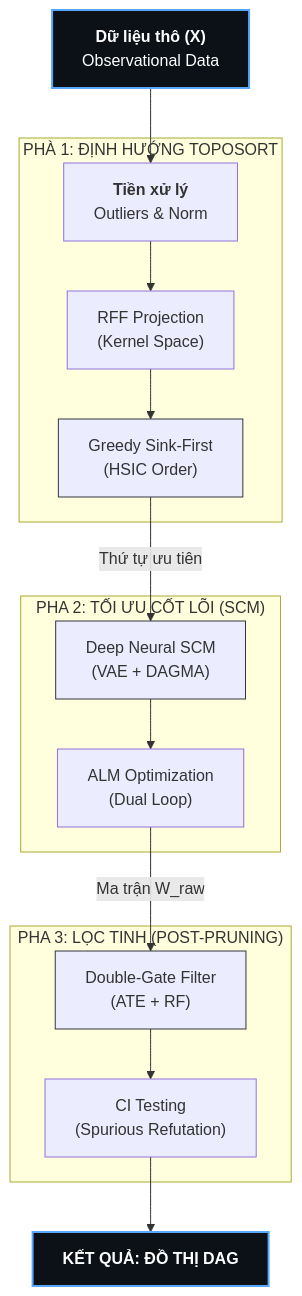
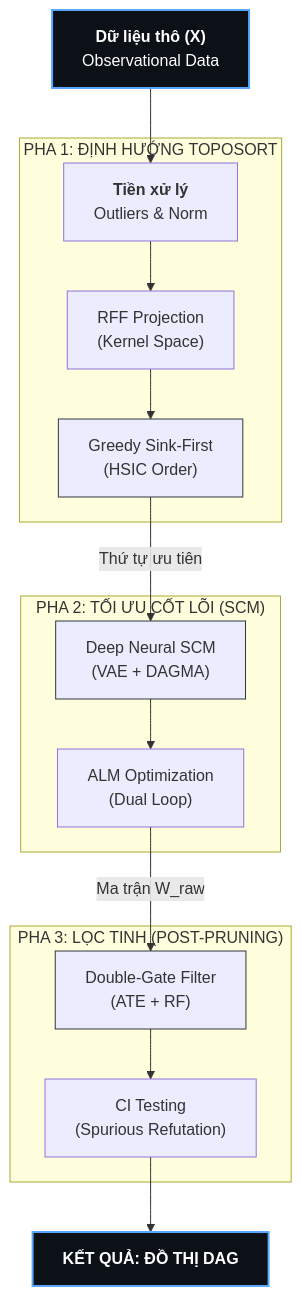
The first of 5 diagrams in docx/Chuong3_MoHinhDeepANM.md (manhthai1706/DeepANM), drawn with Mermaid before and after one commit. The commit also changed other lines of this file, not shown here.

Commit message:
docs: restore missing diagrams Fig 3.2-3.5 in Chapter 3

````diff
--- a/docx/Chuong3_MoHinhDeepANM.md
+++ b/docx/Chuong3_MoHinhDeepANM.md
@@ -58,27 +58,27 @@
 ```mermaid
 graph TD
     classDef highlight fill:#0b1117,color:#fff,stroke:#58a6ff,stroke-width:2px;
     classDef sub core fill:#161b22,stroke:#30363d,stroke-width:1px;
     
     Data["<b>Dữ liệu thô (X)</b><br/>Observational Data"] --> Pre["<b>Tiền xử lý</b><br/>Outliers & Norm"]
     
-    subgraph phase1 ["PHÀ 1: ĐỊNH HƯỚNG TOPOSORT"]
+    subgraph phase1 ["PHA 1: ĐỊNH HƯỚNG TOPOSORT"]
         Pre --> RFF["RFF Projection<br/>(Kernel Space)"]
         RFF --> Sink["Greedy Sink-First<br/>(HSIC Order)"]
     end
     
     subgraph phase2 ["PHA 2: TỐI ƯU CỐT LÕI (SCM)"]
         Sink -->|"Thứ tự ưu tiên"| GPPOM["Deep Neural SCM<br/>(VAE + DAGMA)"]
         GPPOM --> ALM["ALM Optimization<br/>(Dual Loop)"]
     end
     
     subgraph phase3 ["PHA 3: LỌC TINH (POST-PRUNING)"]
         ALM -->|"Ma trận W_raw"| DG["Double-Gate Filter<br/>(ATE + RF)"]
         DG --> CI["CI Testing<br/>(Spurious Refutation)"]
     end
     
     CI --> Final["<b>KẾT QUẢ: ĐỒ THỊ DAG</b>"]
     
     class Data,Final highlight;
     class GPPOM,Sink,DG sub;
 ```
````
